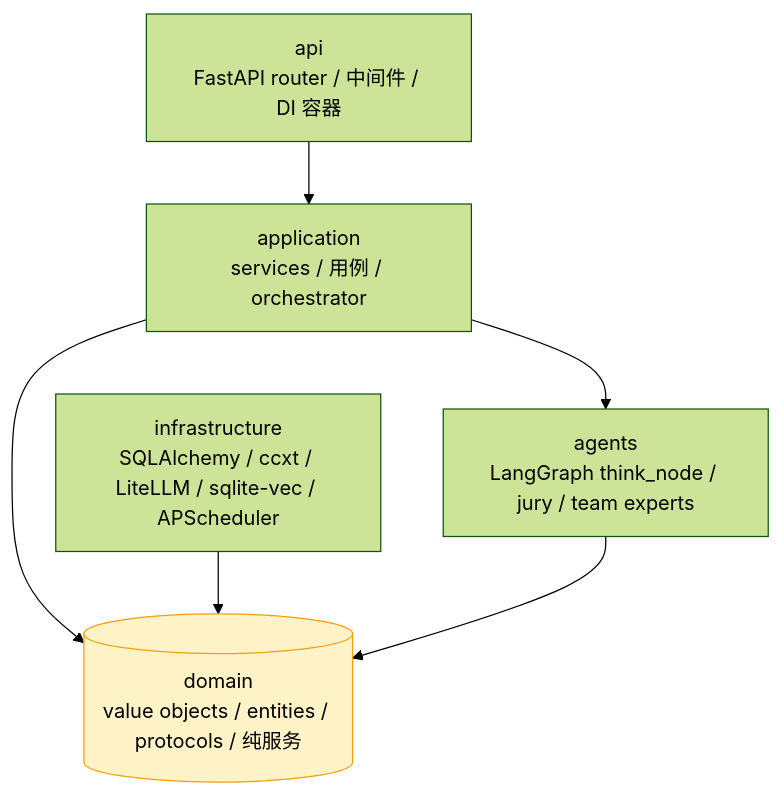
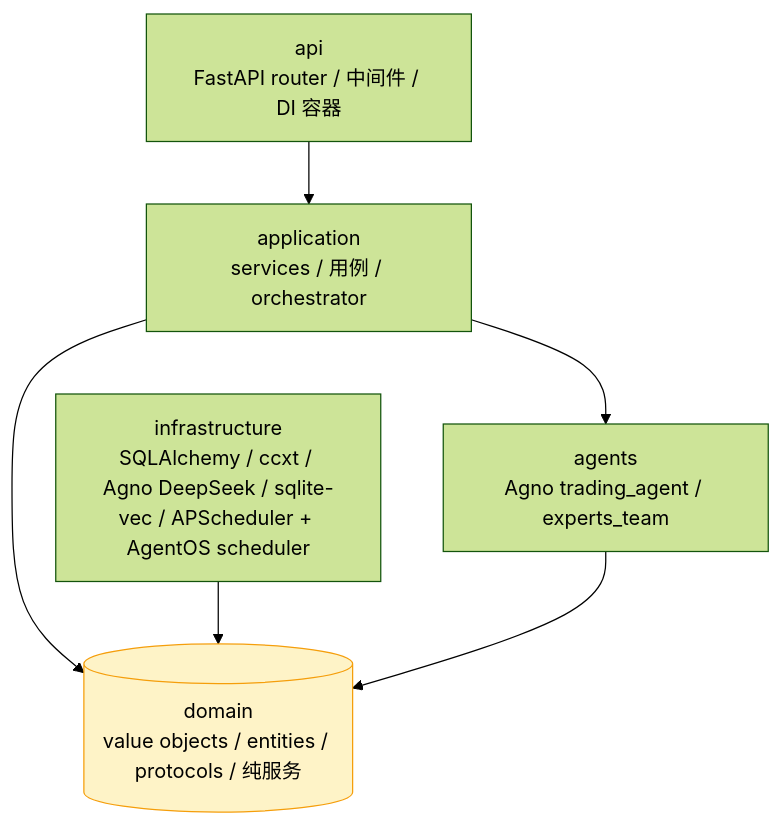
One commit to gong1414/omnitrade changed the first of 4 diagrams in docs/ARCHITECTURE_ZH.md. Above: the diagram before and after it, drawn with Mermaid (forest theme). The commit also changed other lines of this file and 21 other files, not shown here.

First line of the commit message:
feat(backend): wire Agno Team advisory + reap MCP subprocesses

````diff
--- a/docs/ARCHITECTURE_ZH.md
+++ b/docs/ARCHITECTURE_ZH.md
@@ -15,17 +15,17 @@
 ```mermaid
 flowchart TD
     api[api<br/>FastAPI router / 中间件 / DI 容器]
     app[application<br/>services / 用例 / orchestrator]
     dom[(domain<br/>value objects / entities / protocols / 纯服务)]
-    infra[infrastructure<br/>SQLAlchemy / ccxt / LiteLLM / sqlite-vec / APScheduler]
-    agents[agents<br/>LangGraph think_node / jury / team experts]
+    infra[infrastructure<br/>SQLAlchemy / ccxt / Agno DeepSeek / sqlite-vec / APScheduler + AgentOS scheduler]
+    agents[agents<br/>Agno trading_agent / experts_team]
 
     api --> app
     app --> dom
     app --> agents
     infra --> dom
     agents --> dom
 
     classDef dom fill:#fef3c7,stroke:#f59e0b
     class dom dom
 ```
````
